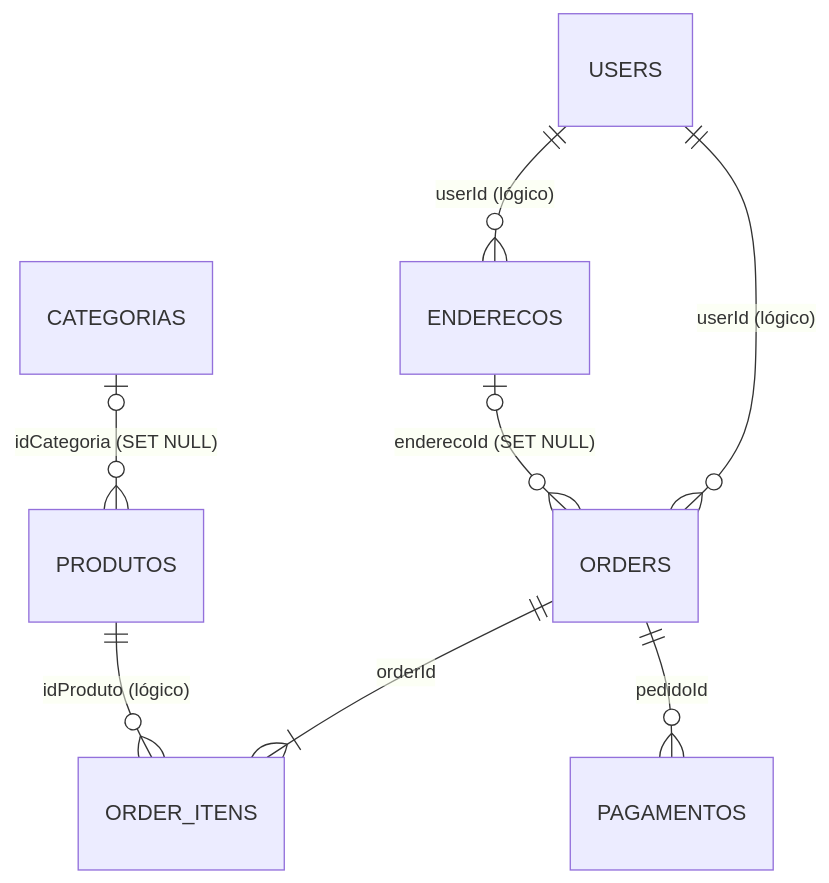
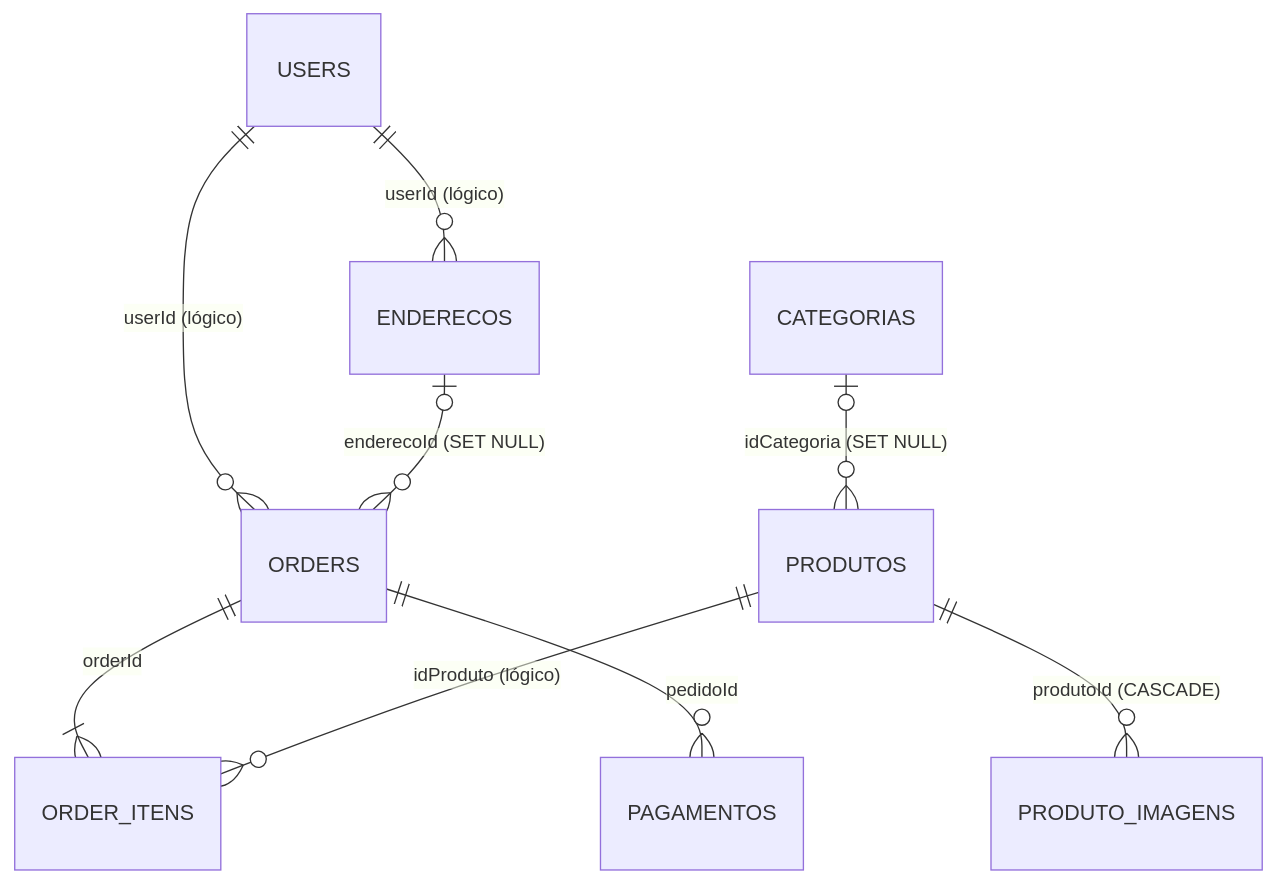
Before and after one commit to CassianoChagasJr/loja-api: the second of 3 diagrams in README.md, drawn with Mermaid. The commit also changed other lines of this file and 5 other files, not shown here.

Commit message:
feat: galeria de imagens do produto (cap. 9)

````diff
--- a/README.md
+++ b/README.md
@@ -283,10 +296,11 @@
 ```mermaid
 erDiagram
     USERS ||--o{ ORDERS : "userId (lógico)"
     USERS ||--o{ ENDERECOS : "userId (lógico)"
     ENDERECOS |o--o{ ORDERS : "enderecoId (SET NULL)"
     ORDERS ||--|{ ORDER_ITENS : "orderId"
     ORDERS ||--o{ PAGAMENTOS : "pedidoId"
     PRODUTOS ||--o{ ORDER_ITENS : "idProduto (lógico)"
+    PRODUTOS ||--o{ PRODUTO_IMAGENS : "produtoId (CASCADE)"
     CATEGORIAS |o--o{ PRODUTOS : "idCategoria (SET NULL)"
 ```
````
